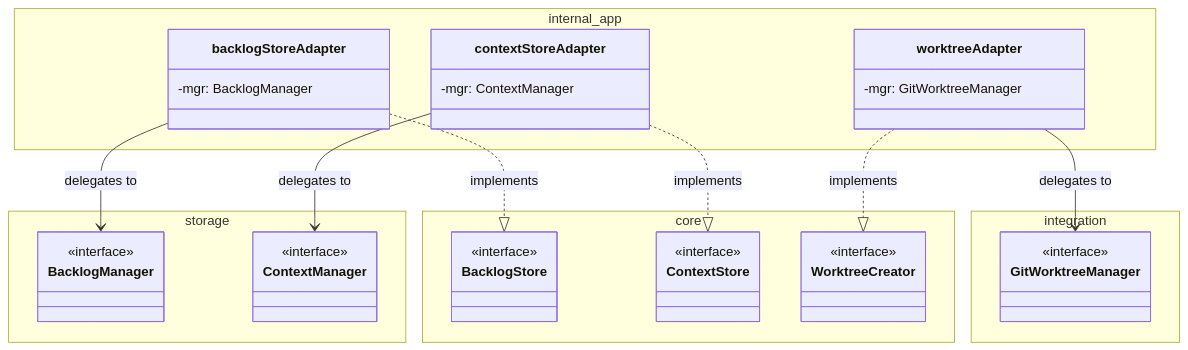
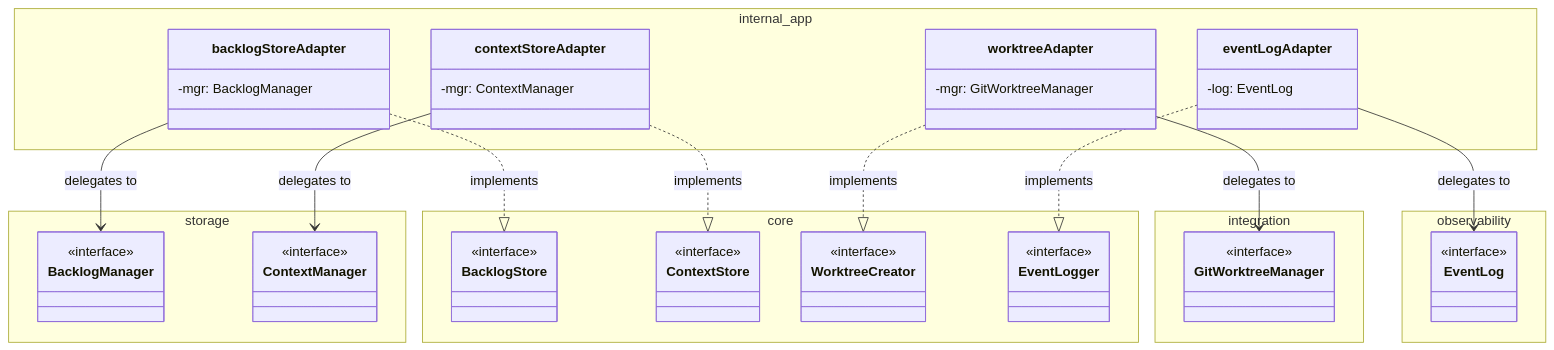
Before and after one commit to valter-silva-au/ai-dev-brain: the third of 9 diagrams in docs/architecture.md, drawn with Mermaid. The commit also changed other lines of this file and 2 other files, not shown here.

First line of the commit message:
docs: update CLAUDE.md, architecture.md, and commands.md for observability

````diff
--- a/docs/architecture.md
+++ b/docs/architecture.md
@@ -185,52 +224,67 @@
 ```mermaid
 classDiagram
     direction TB
 
     namespace core {
         class BacklogStore {
             <<interface>>
         }
         class ContextStore {
             <<interface>>
         }
         class WorktreeCreator {
+            <<interface>>
+        }
+        class EventLogger {
             <<interface>>
         }
     }
 
     namespace storage {
         class BacklogManager {
             <<interface>>
         }
         class ContextManager {
             <<interface>>
         }
     }
 
     namespace integration {
         class GitWorktreeManager {
             <<interface>>
         }
     }
 
+    namespace observability {
+        class EventLog {
+            <<interface>>
+        }
+    }
+
     namespace internal_app {
         class backlogStoreAdapter {
             -mgr: BacklogManager
         }
         class contextStoreAdapter {
             -mgr: ContextManager
         }
         class worktreeAdapter {
             -mgr: GitWorktreeManager
+        }
+        class eventLogAdapter {
+            -log: EventLog
         }
     }
 
     backlogStoreAdapter ..|> BacklogStore : implements
     backlogStoreAdapter --> BacklogManager : delegates to
 
     contextStoreAdapter ..|> ContextStore : implements
     contextStoreAdapter --> ContextManager : delegates to
 
     worktreeAdapter ..|> WorktreeCreator : implements
     worktreeAdapter --> GitWorktreeManager : delegates to
+
+    eventLogAdapter ..|> EventLogger : implements
+    eventLogAdapter --> EventLog : delegates to
 ```
````
